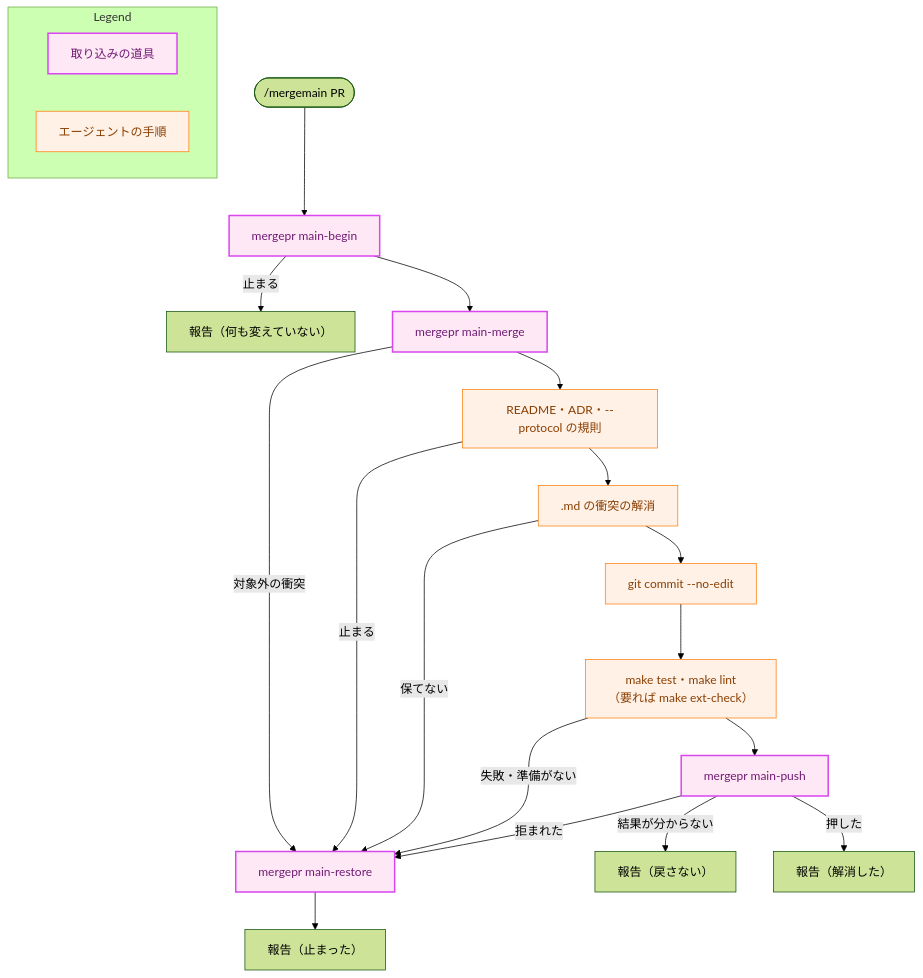
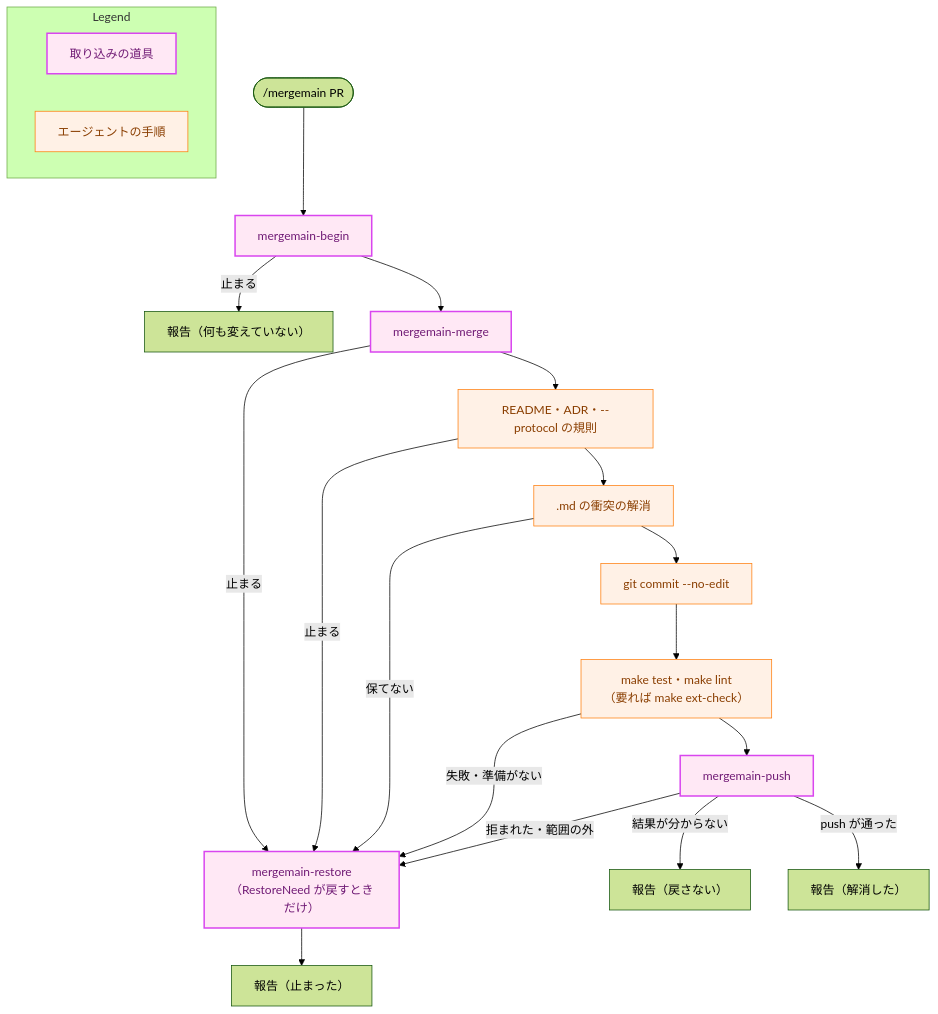
One commit to isseis/yt2column changed the sixth of 6 diagrams in docs/tasks/0115_chief_conflict_resolution/02_architecture.md. Above: the diagram before and after it, drawn with Mermaid (forest theme). The commit also changed other lines of this file and 3 other files, not shown here.

First line of the commit message:
docs(0115): address the architecture review and prose pass

````diff
--- a/docs/tasks/0115_chief_conflict_resolution/02_architecture.md
+++ b/docs/tasks/0115_chief_conflict_resolution/02_architecture.md
@@ -794,32 +961,32 @@
 ```mermaid
 flowchart TD
     classDef newpkg fill:#ffe8f5,stroke:#d946ef,stroke-width:2px,color:#701a75;
     classDef process fill:#fff1e6,stroke:#ff7f0e,stroke-width:1px,color:#8a3e00;
 
-    A(["/mergemain PR"]) --> B["mergepr main-begin"]
+    A(["/mergemain PR"]) --> B["mergemain-begin"]
     B -->|"止まる"| R1["報告（何も変えていない）"]
-    B --> C["mergepr main-merge"]
-    C -->|"対象外の衝突"| X["mergepr main-restore"]
+    B --> C["mergemain-merge"]
+    C -->|"止まる"| X["mergemain-restore<br>（RestoreNeed が戻すときだけ）"]
     C --> D["README・ADR・--protocol の規則"]
     D -->|"止まる"| X
     D --> E[".md の衝突の解消"]
     E -->|"保てない"| X
     E --> F["git commit --no-edit"]
     F --> G["make test・make lint<br>（要れば make ext-check）"]
     G -->|"失敗・準備がない"| X
-    G --> H["mergepr main-push"]
-    H -->|"拒まれた"| X
+    G --> H["mergemain-push"]
+    H -->|"拒まれた・範囲の外"| X
     H -->|"結果が分からない"| R2["報告（戻さない）"]
-    H -->|"押した"| R3["報告（解消した）"]
+    H -->|"push が通った"| R3["報告（解消した）"]
     X --> R4["報告（止まった）"]
 
     class B,C,H,X newpkg
     class D,E,F,G process
 
     subgraph Legend["Legend"]
         L1["取り込みの道具"]
         L2["エージェントの手順"]
     end
     class L1 newpkg
     class L2 process
 ```
````
